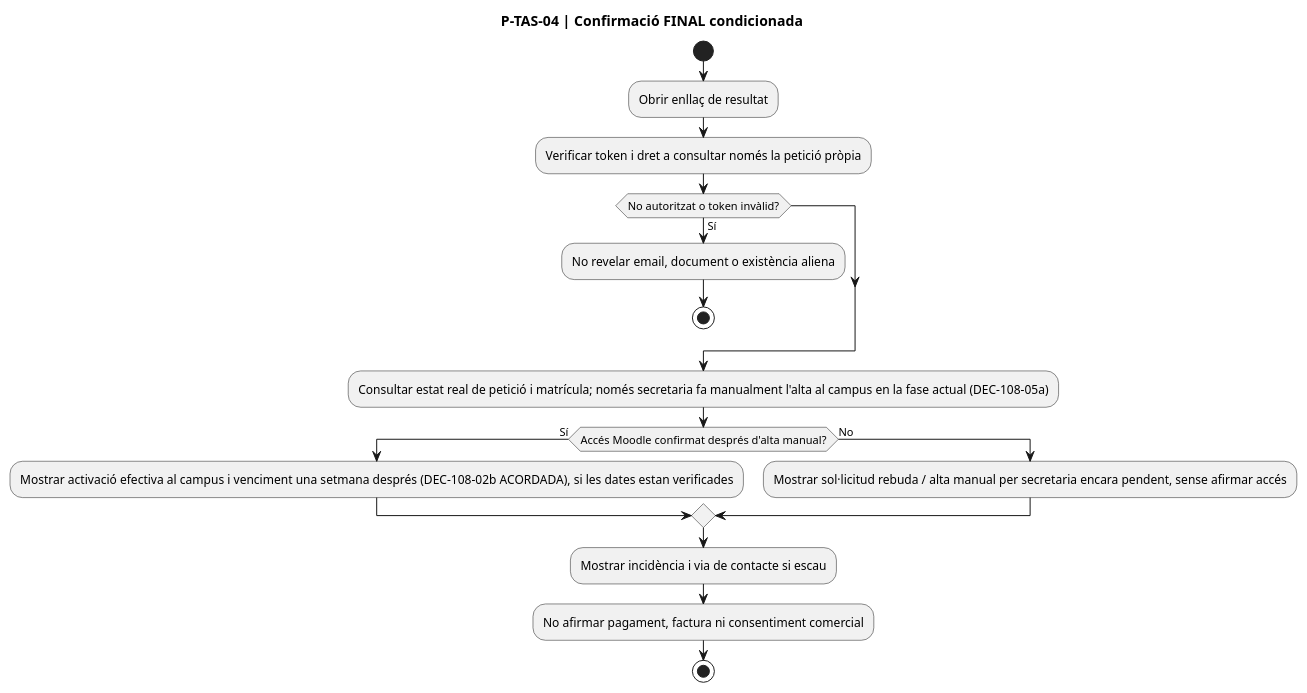
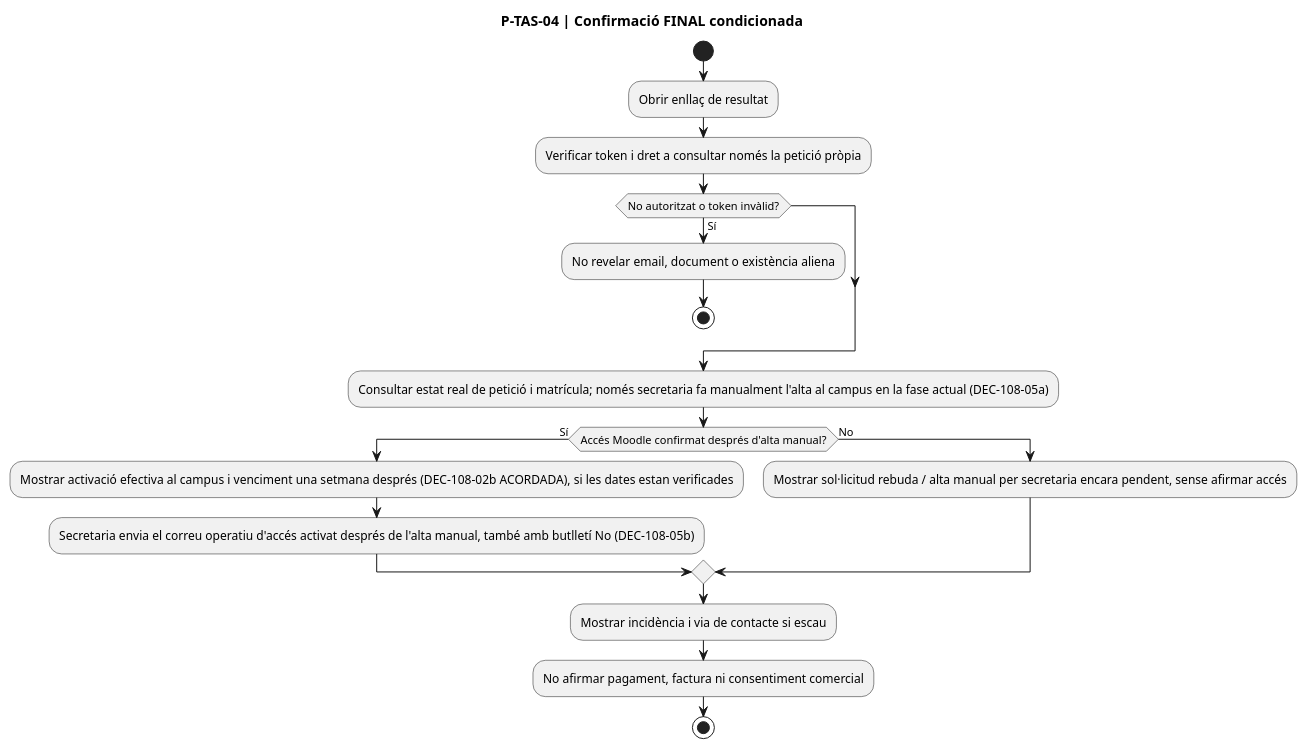
Before and after one commit to orgmeriemprismacat-del/verifactu: diagram 28 of 32 in documentacio/07-uml-integrat/uc-108-activitats-pagines-tastets-actual-final.md, drawn with PlantUML. The commit also changed other lines of this file, not shown here.

Commit message:
docs(uml uc-108): add operational access email after manual activation independent of newsletter

````diff
--- a/documentacio/07-uml-integrat/uc-108-activitats-pagines-tastets-actual-final.md
+++ b/documentacio/07-uml-integrat/uc-108-activitats-pagines-tastets-actual-final.md
@@ -706,21 +708,22 @@
 ```plantuml
 @startuml
 title P-TAS-04 | Confirmació FINAL condicionada
 start
 :Obrir enllaç de resultat;
 :Verificar token i dret a consultar només la petició pròpia;
 if (No autoritzat o token invàlid?) then (Sí)
   :No revelar email, document o existència aliena;
   stop
 endif
-:Consultar estat real de petició i matrícula; només secretaria fa manualment l'alta al campus en la fase actual (DEC-108-05a);
+ :Consultar estat real de petició i matrícula; només secretaria fa manualment l'alta al campus en la fase actual (DEC-108-05a);
 if (Accés Moodle confirmat després d'alta manual?) then (Sí)
   :Mostrar activació efectiva al campus i venciment una setmana després (DEC-108-02b ACORDADA), si les dates estan verificades;
+  :Secretaria envia el correu operatiu d'accés activat després de l'alta manual, també amb butlletí No (DEC-108-05b);
 else (No)
   :Mostrar sol·licitud rebuda / alta manual per secretaria encara pendent, sense afirmar accés;
 endif
 :Mostrar incidència i via de contacte si escau;
 :No afirmar pagament, factura ni consentiment comercial;
 stop
 @enduml
 ```
````
